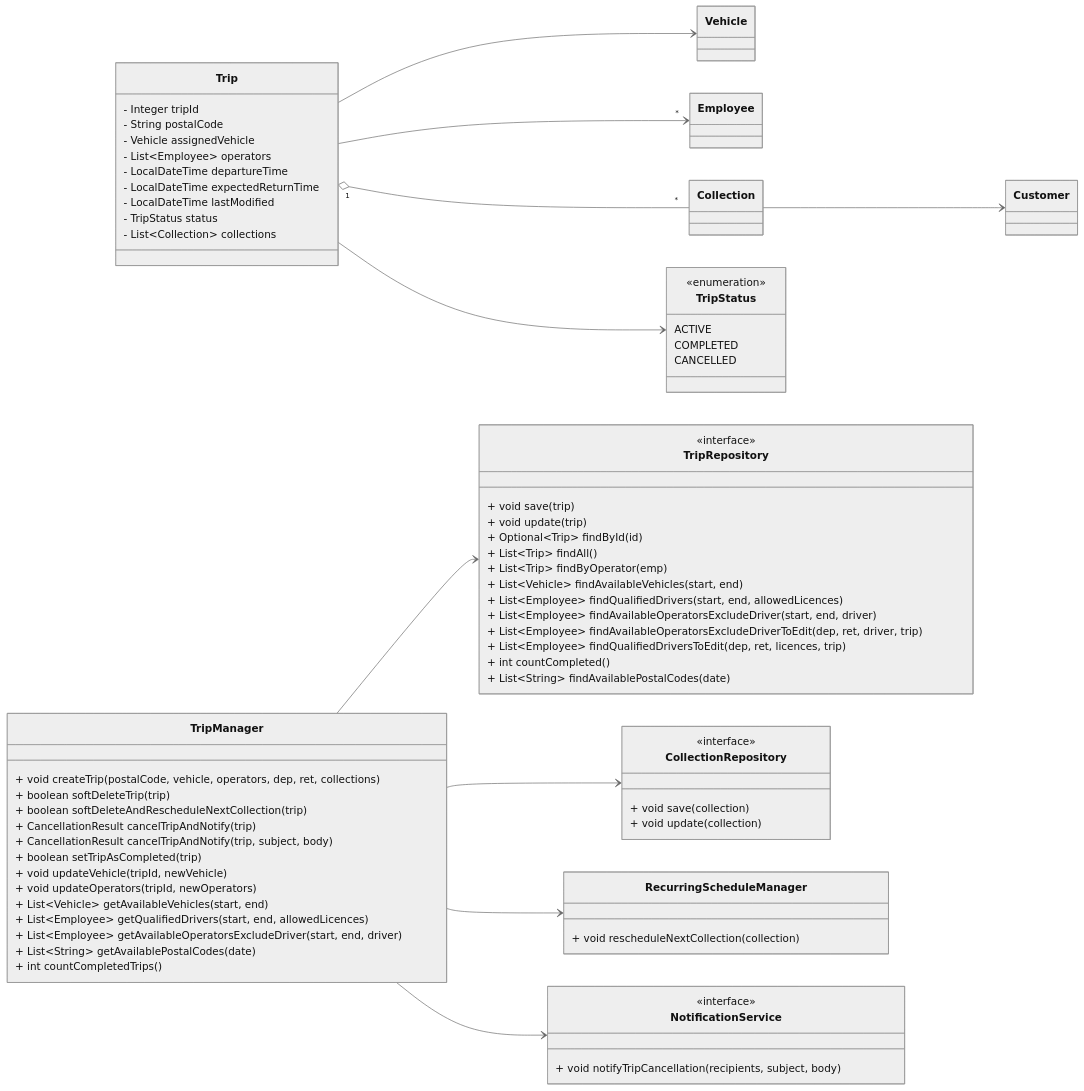
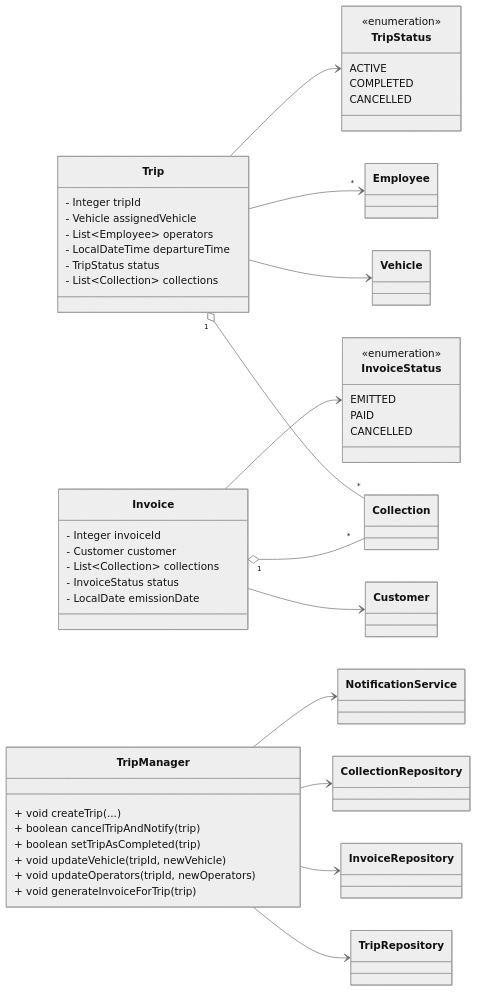
Diagram 12 of 14 in report.md (Alex-Cambrini/pss24-25-WasteMaster-Cambrini-Ferrari-Ragazzini), drawn with Mermaid (neutral theme) before and after one commit. The commit also changed other lines of this file, not shown here.

First line of the commit message:
Revise detailed design for Trip and Invoice management

````diff
--- a/report.md
+++ b/report.md
@@ -817,86 +811,64 @@
 ```mermaid
 classDiagram
-direction LR
+  direction LR
 
-class Trip {
-  - Integer tripId
-  - String postalCode
-  - Vehicle assignedVehicle
-  - List~Employee~ operators
-  - LocalDateTime departureTime
-  - LocalDateTime expectedReturnTime
-  - LocalDateTime lastModified
-  - TripStatus status
-  - List~Collection~ collections
-}
+  class Trip {
+    - Integer tripId
+    - Vehicle assignedVehicle
+    - List~Employee~ operators
+    - LocalDateTime departureTime
+    - TripStatus status
+    - List~Collection~ collections
+  }
 
-class Vehicle
-class Employee
-class Collection
-class Customer
+  class Invoice {
+    - Integer invoiceId
+    - Customer customer
+    - List~Collection~ collections
+    - InvoiceStatus status
+    - LocalDate emissionDate
+  }
 
-class TripStatus {
-  <<enumeration>>
-  ACTIVE
-  COMPLETED
-  CANCELLED
-}
+  class TripManager {
+    + void createTrip(...)
+    + boolean cancelTripAndNotify(trip)
+    + boolean setTripAsCompleted(trip)
+    + void updateVehicle(tripId, newVehicle)
+    + void updateOperators(tripId, newOperators)
+    + void generateInvoiceForTrip(trip)
+  }
 
-class TripManager {
-  + void createTrip(postalCode, vehicle, operators, dep, ret, collections)
-  + boolean softDeleteTrip(trip)
-  + boolean softDeleteAndRescheduleNextCollection(trip)
-  + CancellationResult cancelTripAndNotify(trip)
-  + CancellationResult cancelTripAndNotify(trip, subject, body)
-  + boolean setTripAsCompleted(trip)
-  + void updateVehicle(tripId, newVehicle)
-  + void updateOperators(tripId, newOperators)
-  + List~Vehicle~ getAvailableVehicles(start, end)
-  + List~Employee~ getQualifiedDrivers(start, end, allowedLicences)
-  + List~Employee~ getAvailableOperatorsExcludeDriver(start, end, driver)
-  + List~String~ getAvailablePostalCodes(date)
-  + int countCompletedTrips()
-}
+  class TripRepository
+  class InvoiceRepository
+  class CollectionRepository
+  class Vehicle
+  class Employee
+  class Customer
+  class NotificationService
 
-class TripRepository {
-  <<interface>>
-  + void save(trip)
-  + void update(trip)
-  + Optional~Trip~ findById(id)
-  + List~Trip~ findAll()
-  + List~Trip~ findByOperator(emp)
-  + List~Vehicle~ findAvailableVehicles(start, end)
-  + List~Employee~ findQualifiedDrivers(start, end, allowedLicences)
-  + List~Employee~ findAvailableOperatorsExcludeDriver(start, end, driver)
-  + List~Employee~ findAvailableOperatorsExcludeDriverToEdit(dep, ret, driver, trip)
-  + List~Employee~ findQualifiedDriversToEdit(dep, ret, licences, trip)
-  + int countCompleted()
-  + List~String~ findAvailablePostalCodes(date)
-}
+  class TripStatus {
+    <<enumeration>>
+    ACTIVE
+    COMPLETED
+    CANCELLED
+  }
 
-class CollectionRepository {
-  <<interface>>
-  + void save(collection)
-  + void update(collection)
-}
+  class InvoiceStatus {
+    <<enumeration>>
+    EMITTED
+    PAID
+    CANCELLED
+  }
 
-class RecurringScheduleManager {
-  + void rescheduleNextCollection(collection)
-}
-
-class NotificationService {
-  <<interface>>
-  + void notifyTripCancellation(recipients, subject, body)
-}
-
-TripManager --> TripRepository
-TripManager --> CollectionRepository
-TripManager --> RecurringScheduleManager
-TripManager --> NotificationService
-
-Trip "1" o-- "*" Collection
-Trip --> Vehicle
-Trip --> " * " Employee
-Collection --> Customer
-Trip --> TripStatus
+  TripManager --> TripRepository
+  TripManager --> InvoiceRepository
+  TripManager --> CollectionRepository
+  TripManager --> NotificationService
+  Trip "1" o-- "*" Collection
+  Trip --> Vehicle
+  Trip --> "*" Employee
+  Invoice "1" o-- "*" Collection
+  Invoice --> Customer
+  Trip --> TripStatus
+  Invoice --> InvoiceStatus
 ```
````
